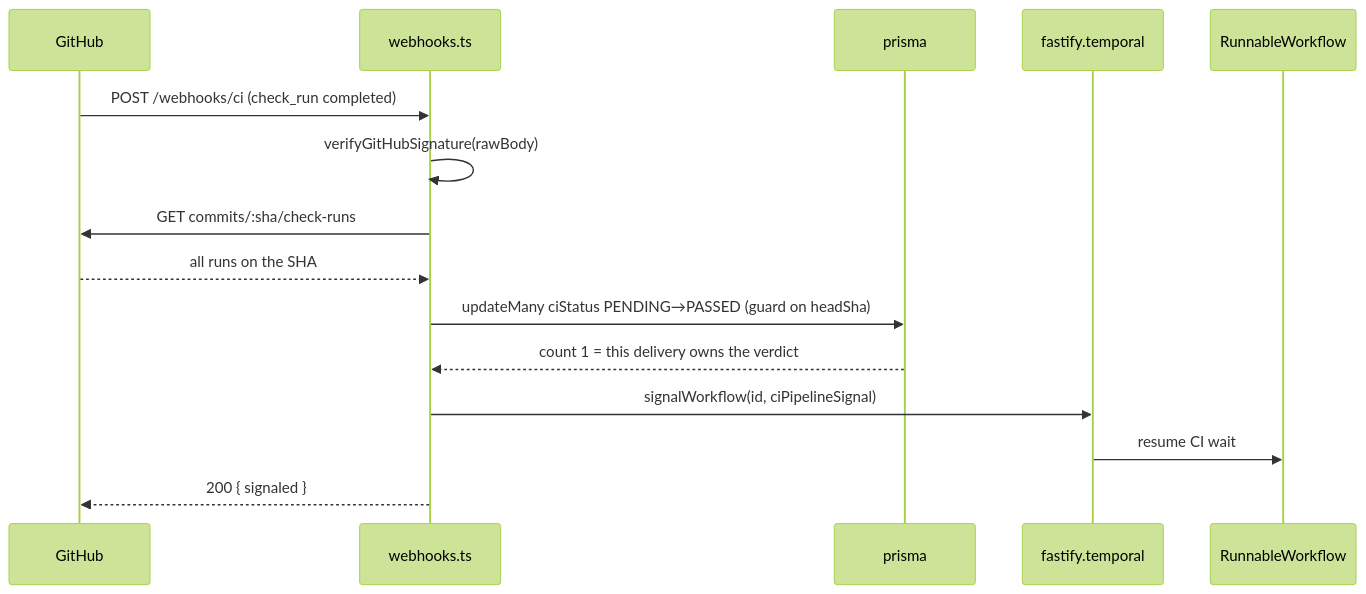
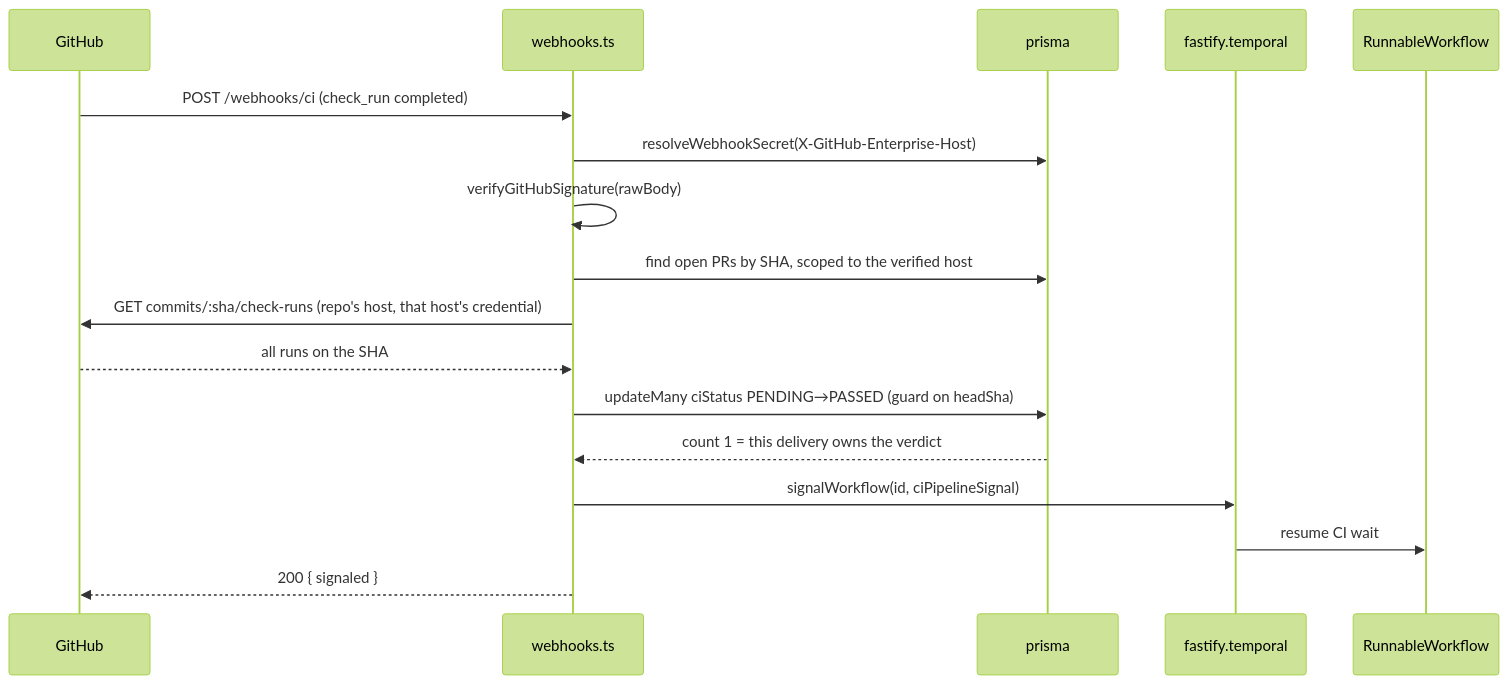
The diagram in wiki/3.3-github-and-webhooks.md (yorch/auto-swe), drawn with Mermaid (forest theme) before and after one commit. The commit also changed other lines of this file and 28 other files, not shown here.

````diff
--- a/wiki/3.3-github-and-webhooks.md
+++ b/wiki/3.3-github-and-webhooks.md
@@ -78,18 +90,20 @@
 ```mermaid
 sequenceDiagram
     participant GitHub
     participant webhooks as webhooks.ts
     participant prisma
     participant temporal as fastify.temporal
     participant Workflow as RunnableWorkflow
 
     GitHub->>webhooks: POST /webhooks/ci (check_run completed)
+    webhooks->>prisma: resolveWebhookSecret(X-GitHub-Enterprise-Host)
     webhooks->>webhooks: verifyGitHubSignature(rawBody)
-    webhooks->>GitHub: GET commits/:sha/check-runs
+    webhooks->>prisma: find open PRs by SHA, scoped to the verified host
+    webhooks->>GitHub: GET commits/:sha/check-runs (repo's host, that host's credential)
     GitHub-->>webhooks: all runs on the SHA
     webhooks->>prisma: updateMany ciStatus PENDING→PASSED (guard on headSha)
     prisma-->>webhooks: count 1 = this delivery owns the verdict
     webhooks->>temporal: signalWorkflow(id, ciPipelineSignal)
     temporal->>Workflow: resume CI wait
     webhooks-->>GitHub: 200 { signaled }
 ```
````
